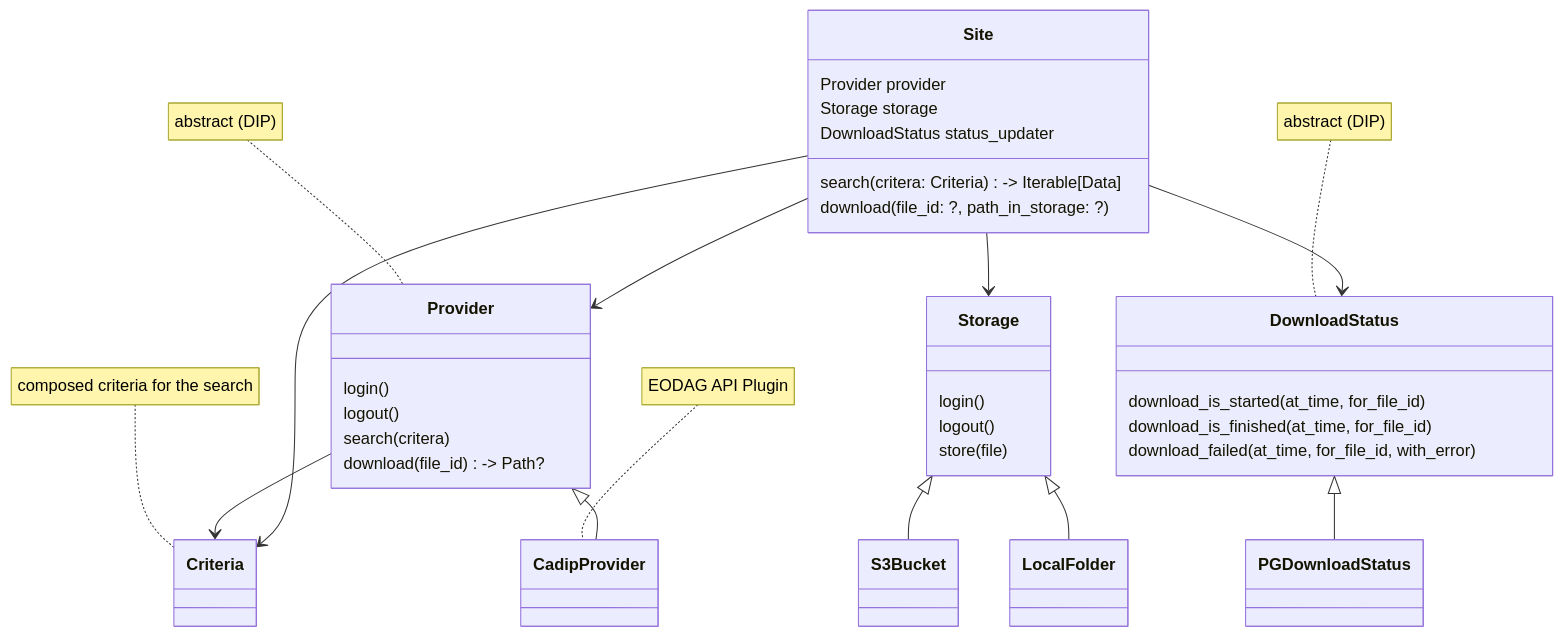
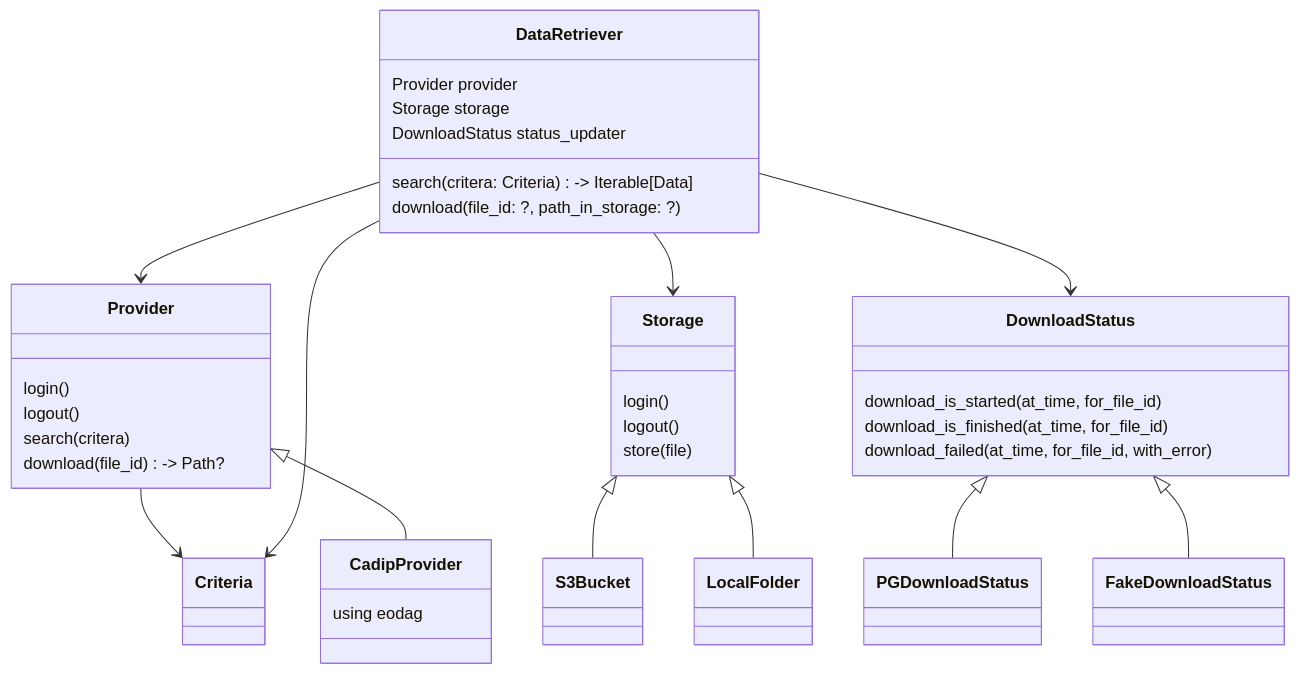
One commit to RS-PYTHON/rs-server changed the diagram in docs/dev/design/services/library/data-retrieval/class.mmd. Above: the diagram before and after it, drawn with Mermaid. The commit also changed 10 other files, not shown here.

```diff
--- a/docs/dev/design/services/library/data-retrieval/class.mmd
+++ b/docs/dev/design/services/library/data-retrieval/class.mmd
@@ -1,57 +1,54 @@
 classDiagram
 
-    note for Criteria "composed criteria for the search"
     class Criteria {
 
     }
 
-    note for DownloadStatus "abstract (DIP)"
     class DownloadStatus {
         download_is_started(at_time, for_file_id)
         download_is_finished(at_time, for_file_id)
         download_failed(at_time, for_file_id, with_error)
     }
     DownloadStatus <|-- PGDownloadStatus
+    DownloadStatus <|-- FakeDownloadStatus
 
-    note for Provider "abstract (DIP)"
     class Provider {
         login()
         logout()
         search(critera)
         download(file_id) -> Path?
     }
     Provider --> Criteria
 
-    note for CadipProvider "EODAG API Plugin"
     class CadipProvider {
-
+        using eodag
     }
     Provider <|-- CadipProvider
 
 
     class Storage {
         login()
         logout()
         store(file)
     }
     class S3Bucket {
 
     }
     class LocalFolder {
 
     }
     Storage <|-- S3Bucket
     Storage <|-- LocalFolder
 
 
-    class Site {
+    class DataRetriever {
         Provider provider
         Storage storage
         DownloadStatus status_updater
         search(critera: Criteria) -> Iterable[Data]
         download(file_id: ?, path_in_storage: ?)
     }
-    Site --> Provider
-    Site --> Storage
-    Site --> Criteria
-    Site --> DownloadStatus
+    DataRetriever --> Provider
+    DataRetriever --> Storage
+    DataRetriever --> Criteria
+    DataRetriever --> DownloadStatus
```
